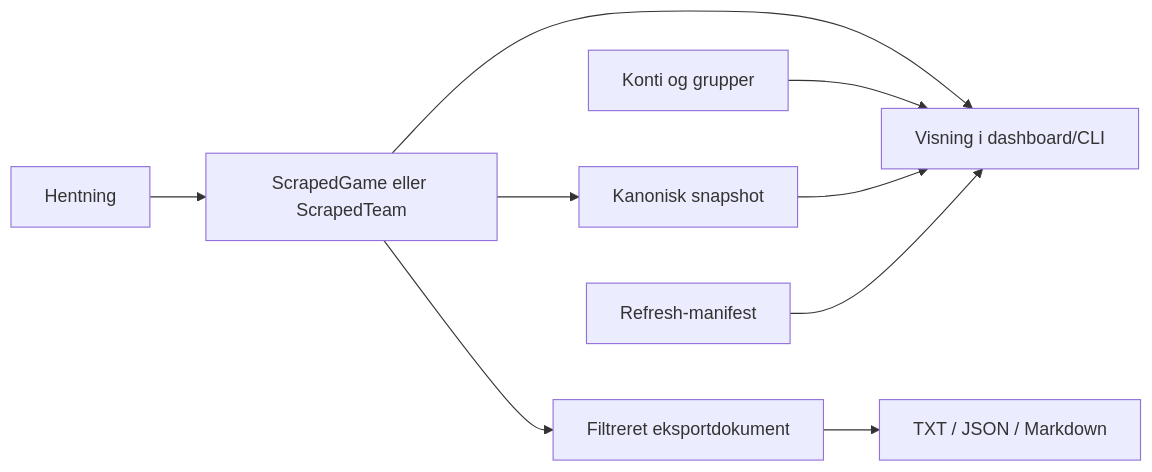
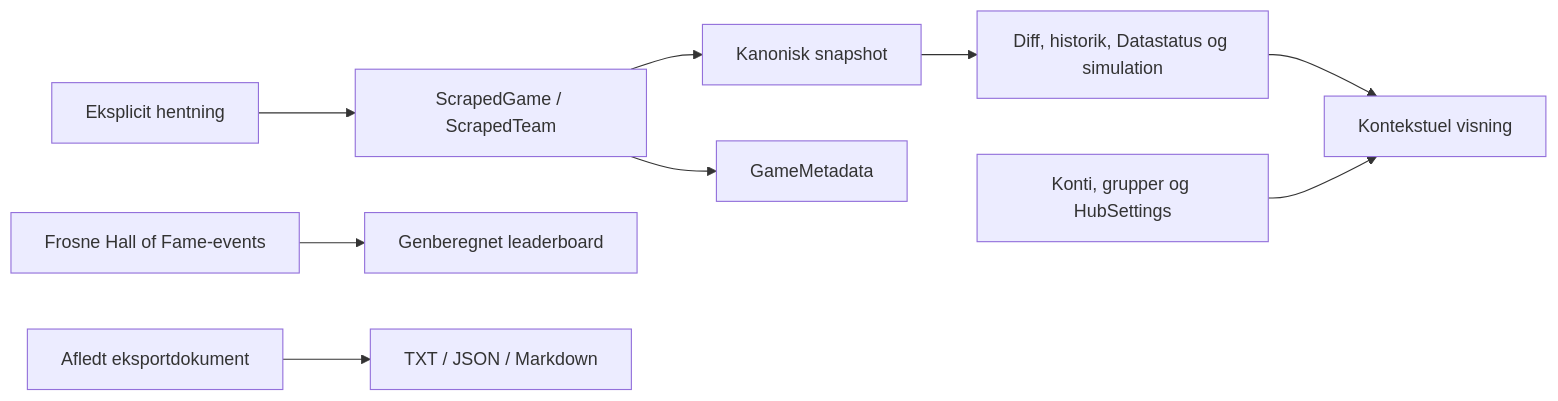
The second of 2 diagrams in docs/architecture.md (Peter537/holdet-fantasy-hub), drawn with Mermaid before and after one commit. The commit also changed other lines of this file and 24 other files, not shown here.

````diff
--- a/docs/architecture.md
+++ b/docs/architecture.md
@@ -71,12 +57,11 @@
 ```mermaid
 flowchart LR
-    Fetch["Hentning"] --> Model["ScrapedGame eller ScrapedTeam"]
-    Model --> View["Visning i dashboard/CLI"]
+    Fetch["Eksplicit hentning"] --> Model["ScrapedGame / ScrapedTeam"]
     Model --> Snapshot["Kanonisk snapshot"]
-    Model --> ExportDoc["Filtreret eksportdokument"]
-    ExportDoc --> Export["TXT / JSON / Markdown"]
-
-    Config["Konti og grupper"] --> View
-    Snapshot --> View
-    Manifest["Refresh-manifest"] --> View
+    Snapshot --> Analytics["Diff, historik, Datastatus og simulation"]
+    Analytics --> View["Kontekstuel visning"]
+    Model --> Metadata["GameMetadata"]
+    Config["Konti, grupper og HubSettings"] --> View
+    Frozen["Frosne Hall of Fame-events"] --> HOF["Genberegnet leaderboard"]
+    ExportDoc["Afledt eksportdokument"] --> Export["TXT / JSON / Markdown"]
 ```
````
